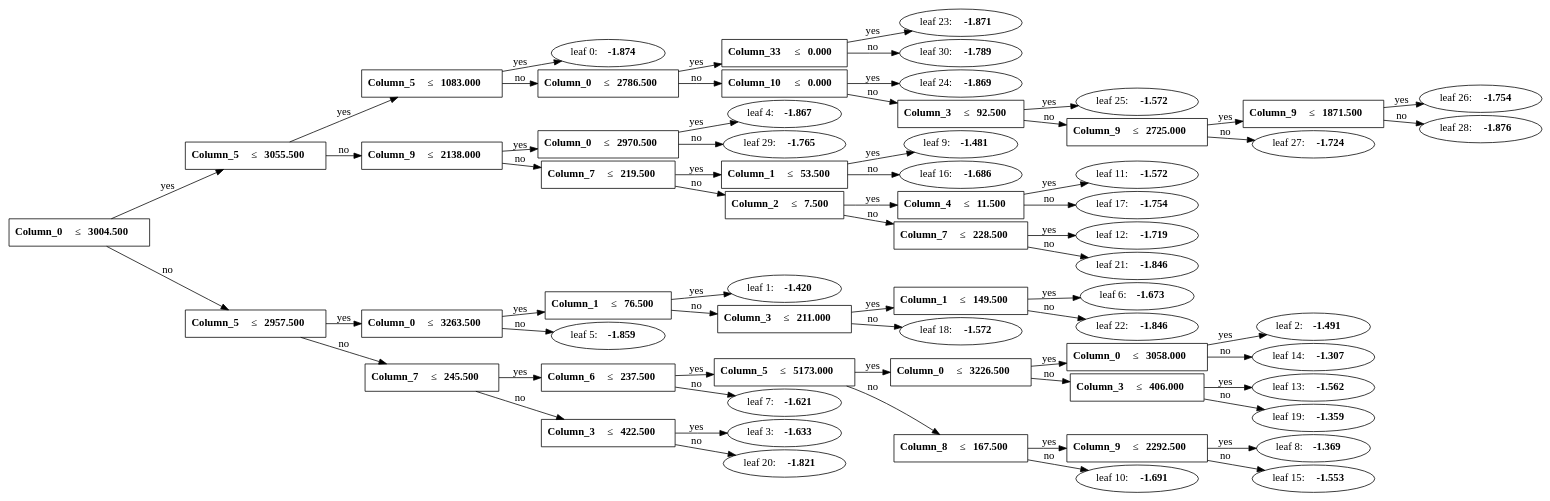
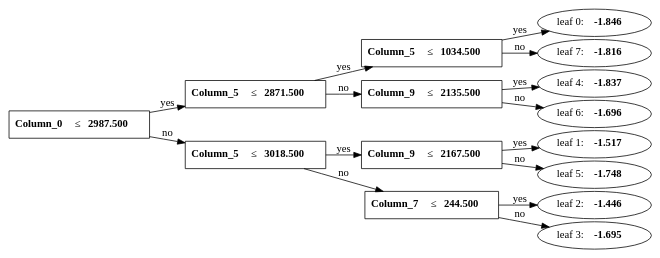
Before and after one commit to dcdmm/MLBase: the diagram in I_Model/集成学习模型/提升算法_boosting/LightGBM_lightgbm/img_view.gv, drawn with Graphviz. The commit also changed 73 other files, not shown here.

```diff
--- a/I_Model/集成学习模型/提升算法_boosting/LightGBM_lightgbm/img_view.gv
+++ b/I_Model/集成学习模型/提升算法_boosting/LightGBM_lightgbm/img_view.gv
@@ -1,124 +1,32 @@
 digraph {
 	graph [nodesep=0.05 rankdir=LR ranksep=0.3]
-	split0 [label=<<B>Column_0</B> &#8804;<B>3004.500</B>> fillcolor=white shape=rectangle style=""]
-	split3 [label=<<B>Column_5</B> &#8804;<B>3055.500</B>> fillcolor=white shape=rectangle style=""]
-	split22 [label=<<B>Column_5</B> &#8804;<B>1083.000</B>> fillcolor=white shape=rectangle style=""]
-	leaf0 [label=<leaf 0: <B>-1.874</B>>]
-	split22 -> leaf0 [label=yes]
-	split23 [label=<<B>Column_0</B> &#8804;<B>2786.500</B>> fillcolor=white shape=rectangle style=""]
-	split29 [label=<<B>Column_33</B> &#8804;<B>0.000</B>> fillcolor=white shape=rectangle style=""]
-	leaf23 [label=<leaf 23: <B>-1.871</B>>]
-	split29 -> leaf23 [label=yes]
-	leaf30 [label=<leaf 30: <B>-1.789</B>>]
-	split29 -> leaf30 [label=no]
-	split23 -> split29 [label=yes]
-	split24 [label=<<B>Column_10</B> &#8804;<B>0.000</B>> fillcolor=white shape=rectangle style=""]
-	leaf24 [label=<leaf 24: <B>-1.869</B>>]
-	split24 -> leaf24 [label=yes]
-	split25 [label=<<B>Column_3</B> &#8804;<B>92.500</B>> fillcolor=white shape=rectangle style=""]
-	leaf25 [label=<leaf 25: <B>-1.572</B>>]
-	split25 -> leaf25 [label=yes]
-	split26 [label=<<B>Column_9</B> &#8804;<B>2725.000</B>> fillcolor=white shape=rectangle style=""]
-	split27 [label=<<B>Column_9</B> &#8804;<B>1871.500</B>> fillcolor=white shape=rectangle style=""]
-	leaf26 [label=<leaf 26: <B>-1.754</B>>]
-	split27 -> leaf26 [label=yes]
-	leaf28 [label=<leaf 28: <B>-1.876</B>>]
-	split27 -> leaf28 [label=no]
-	split26 -> split27 [label=yes]
-	leaf27 [label=<leaf 27: <B>-1.724</B>>]
-	split26 -> leaf27 [label=no]
-	split25 -> split26 [label=no]
-	split24 -> split25 [label=no]
-	split23 -> split24 [label=no]
-	split22 -> split23 [label=no]
-	split3 -> split22 [label=yes]
-	split8 [label=<<B>Column_9</B> &#8804;<B>2138.000</B>> fillcolor=white shape=rectangle style=""]
-	split28 [label=<<B>Column_0</B> &#8804;<B>2970.500</B>> fillcolor=white shape=rectangle style=""]
-	leaf4 [label=<leaf 4: <B>-1.867</B>>]
-	split28 -> leaf4 [label=yes]
-	leaf29 [label=<leaf 29: <B>-1.765</B>>]
-	split28 -> leaf29 [label=no]
-	split8 -> split28 [label=yes]
-	split10 [label=<<B>Column_7</B> &#8804;<B>219.500</B>> fillcolor=white shape=rectangle style=""]
-	split15 [label=<<B>Column_1</B> &#8804;<B>53.500</B>> fillcolor=white shape=rectangle style=""]
-	leaf9 [label=<leaf 9: <B>-1.481</B>>]
-	split15 -> leaf9 [label=yes]
-	leaf16 [label=<leaf 16: <B>-1.686</B>>]
-	split15 -> leaf16 [label=no]
-	split10 -> split15 [label=yes]
-	split11 [label=<<B>Column_2</B> &#8804;<B>7.500</B>> fillcolor=white shape=rectangle style=""]
-	split16 [label=<<B>Column_4</B> &#8804;<B>11.500</B>> fillcolor=white shape=rectangle style=""]
-	leaf11 [label=<leaf 11: <B>-1.572</B>>]
-	split16 -> leaf11 [label=yes]
-	leaf17 [label=<leaf 17: <B>-1.754</B>>]
-	split16 -> leaf17 [label=no]
-	split11 -> split16 [label=yes]
-	split20 [label=<<B>Column_7</B> &#8804;<B>228.500</B>> fillcolor=white shape=rectangle style=""]
-	leaf12 [label=<leaf 12: <B>-1.719</B>>]
-	split20 -> leaf12 [label=yes]
-	leaf21 [label=<leaf 21: <B>-1.846</B>>]
-	split20 -> leaf21 [label=no]
-	split11 -> split20 [label=no]
-	split10 -> split11 [label=no]
-	split8 -> split10 [label=no]
-	split3 -> split8 [label=no]
+	split0 [label=<<B>Column_0</B> &#8804;<B>2987.500</B>> fillcolor=white shape=rectangle style=""]
+	split3 [label=<<B>Column_5</B> &#8804;<B>2871.500</B>> fillcolor=white shape=rectangle style=""]
+	split6 [label=<<B>Column_5</B> &#8804;<B>1034.500</B>> fillcolor=white shape=rectangle style=""]
+	leaf0 [label=<leaf 0: <B>-1.846</B>>]
+	split6 -> leaf0 [label=yes]
+	leaf7 [label=<leaf 7: <B>-1.816</B>>]
+	split6 -> leaf7 [label=no]
+	split3 -> split6 [label=yes]
+	split5 [label=<<B>Column_9</B> &#8804;<B>2135.500</B>> fillcolor=white shape=rectangle style=""]
+	leaf4 [label=<leaf 4: <B>-1.837</B>>]
+	split5 -> leaf4 [label=yes]
+	leaf6 [label=<leaf 6: <B>-1.696</B>>]
+	split5 -> leaf6 [label=no]
+	split3 -> split5 [label=no]
 	split0 -> split3 [label=yes]
-	split1 [label=<<B>Column_5</B> &#8804;<B>2957.500</B>> fillcolor=white shape=rectangle style=""]
-	split4 [label=<<B>Column_0</B> &#8804;<B>3263.500</B>> fillcolor=white shape=rectangle style=""]
-	split5 [label=<<B>Column_1</B> &#8804;<B>76.500</B>> fillcolor=white shape=rectangle style=""]
-	leaf1 [label=<leaf 1: <B>-1.420</B>>]
-	split5 -> leaf1 [label=yes]
-	split17 [label=<<B>Column_3</B> &#8804;<B>211.000</B>> fillcolor=white shape=rectangle style=""]
-	split21 [label=<<B>Column_1</B> &#8804;<B>149.500</B>> fillcolor=white shape=rectangle style=""]
-	leaf6 [label=<leaf 6: <B>-1.673</B>>]
-	split21 -> leaf6 [label=yes]
-	leaf22 [label=<leaf 22: <B>-1.846</B>>]
-	split21 -> leaf22 [label=no]
-	split17 -> split21 [label=yes]
-	leaf18 [label=<leaf 18: <B>-1.572</B>>]
-	split17 -> leaf18 [label=no]
-	split5 -> split17 [label=no]
-	split4 -> split5 [label=yes]
-	leaf5 [label=<leaf 5: <B>-1.859</B>>]
+	split1 [label=<<B>Column_5</B> &#8804;<B>3018.500</B>> fillcolor=white shape=rectangle style=""]
+	split4 [label=<<B>Column_9</B> &#8804;<B>2167.500</B>> fillcolor=white shape=rectangle style=""]
+	leaf1 [label=<leaf 1: <B>-1.517</B>>]
+	split4 -> leaf1 [label=yes]
+	leaf5 [label=<leaf 5: <B>-1.748</B>>]
 	split4 -> leaf5 [label=no]
 	split1 -> split4 [label=yes]
-	split2 [label=<<B>Column_7</B> &#8804;<B>245.500</B>> fillcolor=white shape=rectangle style=""]
-	split6 [label=<<B>Column_6</B> &#8804;<B>237.500</B>> fillcolor=white shape=rectangle style=""]
-	split7 [label=<<B>Column_5</B> &#8804;<B>5173.000</B>> fillcolor=white shape=rectangle style=""]
-	split12 [label=<<B>Column_0</B> &#8804;<B>3226.500</B>> fillcolor=white shape=rectangle style=""]
-	split13 [label=<<B>Column_0</B> &#8804;<B>3058.000</B>> fillcolor=white shape=rectangle style=""]
-	leaf2 [label=<leaf 2: <B>-1.491</B>>]
-	split13 -> leaf2 [label=yes]
-	leaf14 [label=<leaf 14: <B>-1.307</B>>]
-	split13 -> leaf14 [label=no]
-	split12 -> split13 [label=yes]
-	split18 [label=<<B>Column_3</B> &#8804;<B>406.000</B>> fillcolor=white shape=rectangle style=""]
-	leaf13 [label=<leaf 13: <B>-1.562</B>>]
-	split18 -> leaf13 [label=yes]
-	leaf19 [label=<leaf 19: <B>-1.359</B>>]
-	split18 -> leaf19 [label=no]
-	split12 -> split18 [label=no]
-	split7 -> split12 [label=yes]
-	split9 [label=<<B>Column_8</B> &#8804;<B>167.500</B>> fillcolor=white shape=rectangle style=""]
-	split14 [label=<<B>Column_9</B> &#8804;<B>2292.500</B>> fillcolor=white shape=rectangle style=""]
-	leaf8 [label=<leaf 8: <B>-1.369</B>>]
-	split14 -> leaf8 [label=yes]
-	leaf15 [label=<leaf 15: <B>-1.553</B>>]
-	split14 -> leaf15 [label=no]
-	split9 -> split14 [label=yes]
-	leaf10 [label=<leaf 10: <B>-1.691</B>>]
-	split9 -> leaf10 [label=no]
-	split7 -> split9 [label=no]
-	split6 -> split7 [label=yes]
-	leaf7 [label=<leaf 7: <B>-1.621</B>>]
-	split6 -> leaf7 [label=no]
-	split2 -> split6 [label=yes]
-	split19 [label=<<B>Column_3</B> &#8804;<B>422.500</B>> fillcolor=white shape=rectangle style=""]
-	leaf3 [label=<leaf 3: <B>-1.633</B>>]
-	split19 -> leaf3 [label=yes]
-	leaf20 [label=<leaf 20: <B>-1.821</B>>]
-	split19 -> leaf20 [label=no]
-	split2 -> split19 [label=no]
+	split2 [label=<<B>Column_7</B> &#8804;<B>244.500</B>> fillcolor=white shape=rectangle style=""]
+	leaf2 [label=<leaf 2: <B>-1.446</B>>]
+	split2 -> leaf2 [label=yes]
+	leaf3 [label=<leaf 3: <B>-1.695</B>>]
+	split2 -> leaf3 [label=no]
 	split1 -> split2 [label=no]
 	split0 -> split1 [label=no]
 }
```
